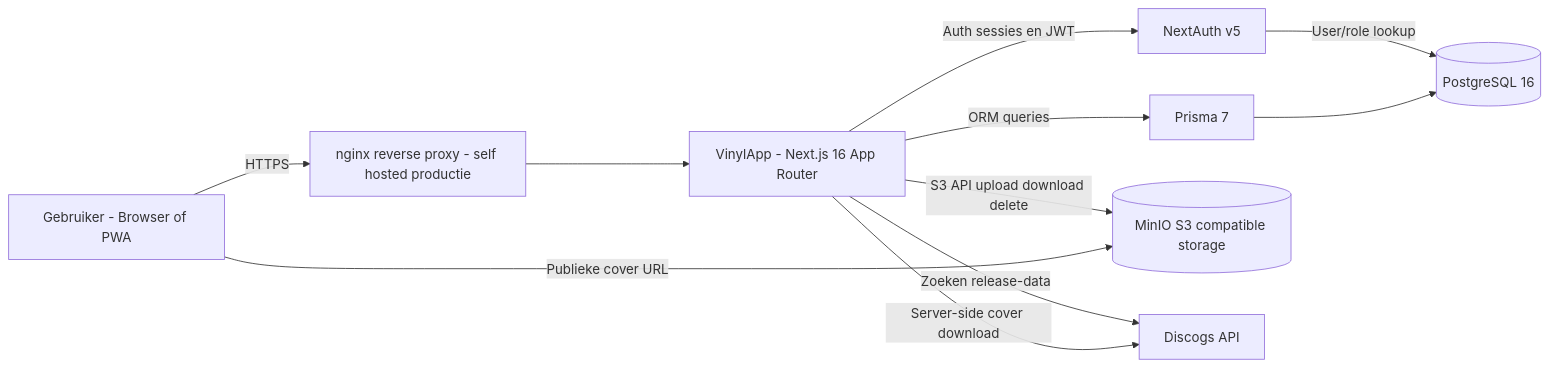
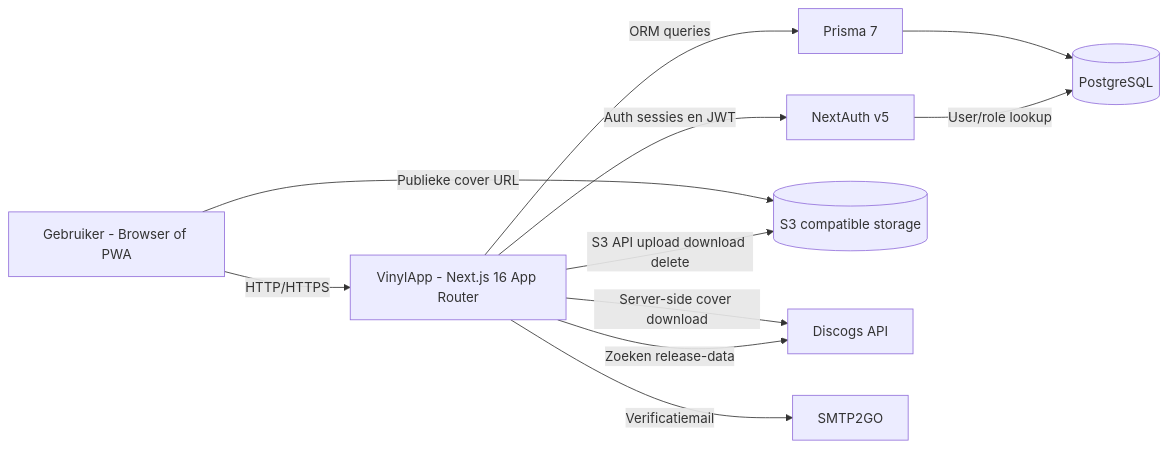
Before and after one commit to fjallnl/VinylApp: the diagram in README.md, drawn with Mermaid. The commit also changed other lines of this file and 3 other files, not shown here.

````diff
--- a/README.md
+++ b/README.md
@@ -18,17 +19,17 @@
 ```mermaid
 flowchart LR
-  U[Gebruiker - Browser of PWA] -->|HTTPS| NGINX[nginx reverse proxy - self hosted productie]
-  NGINX --> APP[VinylApp - Next.js 16 App Router]
+  U[Gebruiker - Browser of PWA] -->|HTTP/HTTPS| APP[VinylApp - Next.js 16 App Router]
 
   APP -->|Auth sessies en JWT| AUTH[NextAuth v5]
-  AUTH -->|User/role lookup| DB[(PostgreSQL 16)]
+  AUTH -->|User/role lookup| DB[(PostgreSQL)]
 
   APP -->|ORM queries| PRISMA[Prisma 7]
   PRISMA --> DB
 
-  APP -->|S3 API upload download delete| MINIO[(MinIO S3 compatible storage)]
-  U -->|Publieke cover URL| MINIO
+  APP -->|S3 API upload download delete| S3[(S3 compatible storage)]
+  U -->|Publieke cover URL| S3
 
   APP -->|Zoeken release-data| DISCOGS[Discogs API]
   APP -->|Server-side cover download| DISCOGS
+  APP -->|Verificatiemail| SMTP[SMTP2GO]
 ```
````
